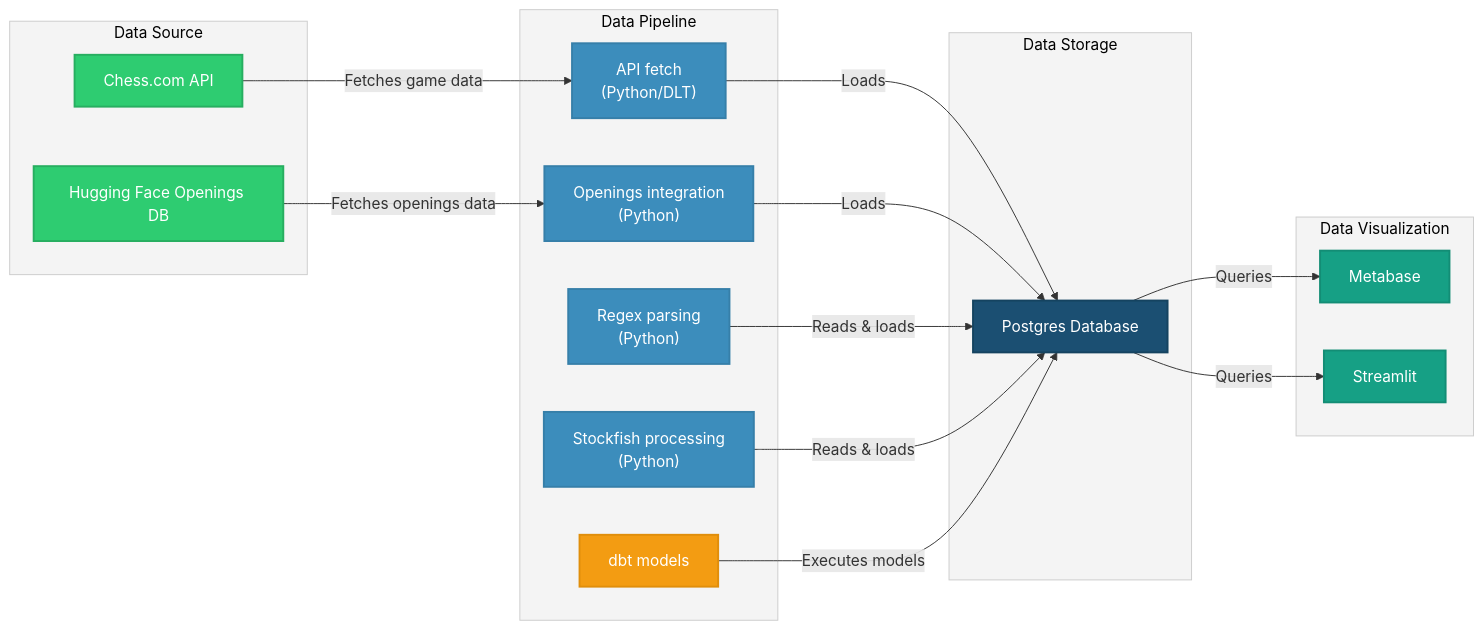
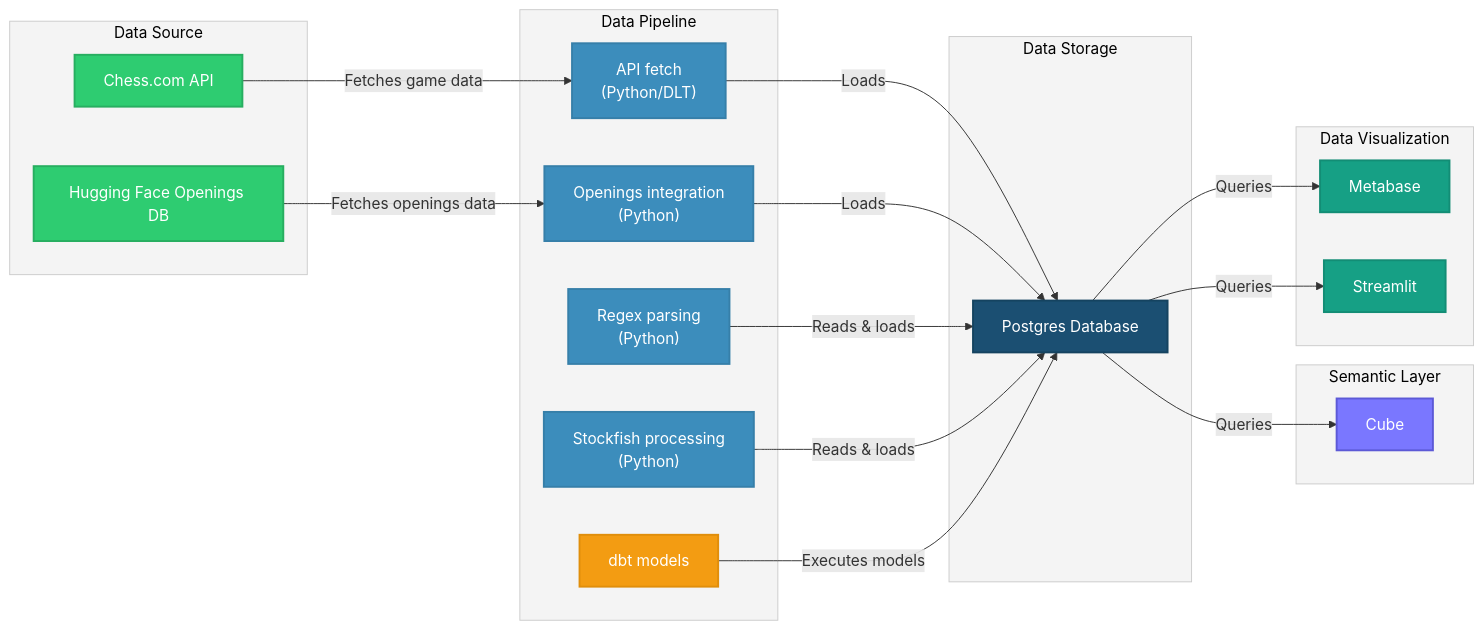
One commit to gabriellegall/chess_com_bi_pg changed the diagram in README.md. Above: the diagram before and after it, drawn with Mermaid. The commit also changed other lines of this file and 10 other files, not shown here.

````diff
--- a/README.md
+++ b/README.md
@@ -30,58 +31,66 @@
 ```mermaid
 graph LR;
 
     %% Data Source
     subgraph DS ["Data Source"]
         A[Chess.com API]
         G[Hugging Face Openings DB]
     end
 
     %% Processing
     subgraph Processing ["Data Pipeline"]
         B["API fetch<br>(Python/DLT)"]
         n1["Openings integration<br>(Python)"]
         n3["Regex parsing<br>(Python)"]
         n2["Stockfish processing<br>(Python)"]
         D["dbt models"]
     end
 
     %% Storage
     subgraph Storage ["Data Storage"]
         C[Postgres Database]
     end
 
+    %% Semantic layer
+    subgraph SL ["Semantic Layer"]
+        H["Cube"]
+    end
+
     %% Visualization
     subgraph Viz ["Data Visualization"]
         E["Metabase"]
         F["Streamlit"]
     end
 
     %% Data flow
     A -->|"Fetches game data"| B
     G -->|"Fetches openings data"| n1
     B -->|"Loads"| C
     n1 -->|"Loads"| C
     n3 -->|"Reads & loads"| C
     n2 -->|"Reads & loads"| C
     D -->|"Executes models"| C
     C -->|"Queries"| E
     C -->|"Queries"| F
+    C -->|"Queries"| H
 
     %% Subgraph styling (light, semi-transparent)
     style DS fill:#f4f4f4,stroke:#ccc,stroke-width:1px,color:#000
     style Processing fill:#f4f4f4,stroke:#ccc,stroke-width:1px,color:#000
     style Storage fill:#f4f4f4,stroke:#ccc,stroke-width:1px,color:#000
     style Viz fill:#f4f4f4,stroke:#ccc,stroke-width:1px,color:#000
+    style SL fill:#f4f4f4,stroke:#ccc,stroke-width:1px,color:#000
 
     %% Node styling
     style A fill:#2ecc71,stroke:#27ae60,stroke-width:2px,color:white
     style G fill:#2ecc71,stroke:#27ae60,stroke-width:2px,color:white
     style B fill:#3c8dbc,stroke:#367fa9,stroke-width:2px,color:white
     style n1 fill:#3c8dbc,stroke:#367fa9,stroke-width:2px,color:white
     style n3 fill:#3c8dbc,stroke:#367fa9,stroke-width:2px,color:white
     style n2 fill:#3c8dbc,stroke:#367fa9,stroke-width:2px,color:white
     style D fill:#f39c12,stroke:#e08e0b,stroke-width:2px,color:white
     style C fill:#1B4F72,stroke:#154360,stroke-width:2px,color:white
     style E fill:#16a085,stroke:#138d75,stroke-width:2px,color:white
     style F fill:#16a085,stroke:#138d75,stroke-width:2px,color:white
+    style H fill:#7a77ff,stroke:#5c59d6,stroke-width:2px,color:white
 ```
````
